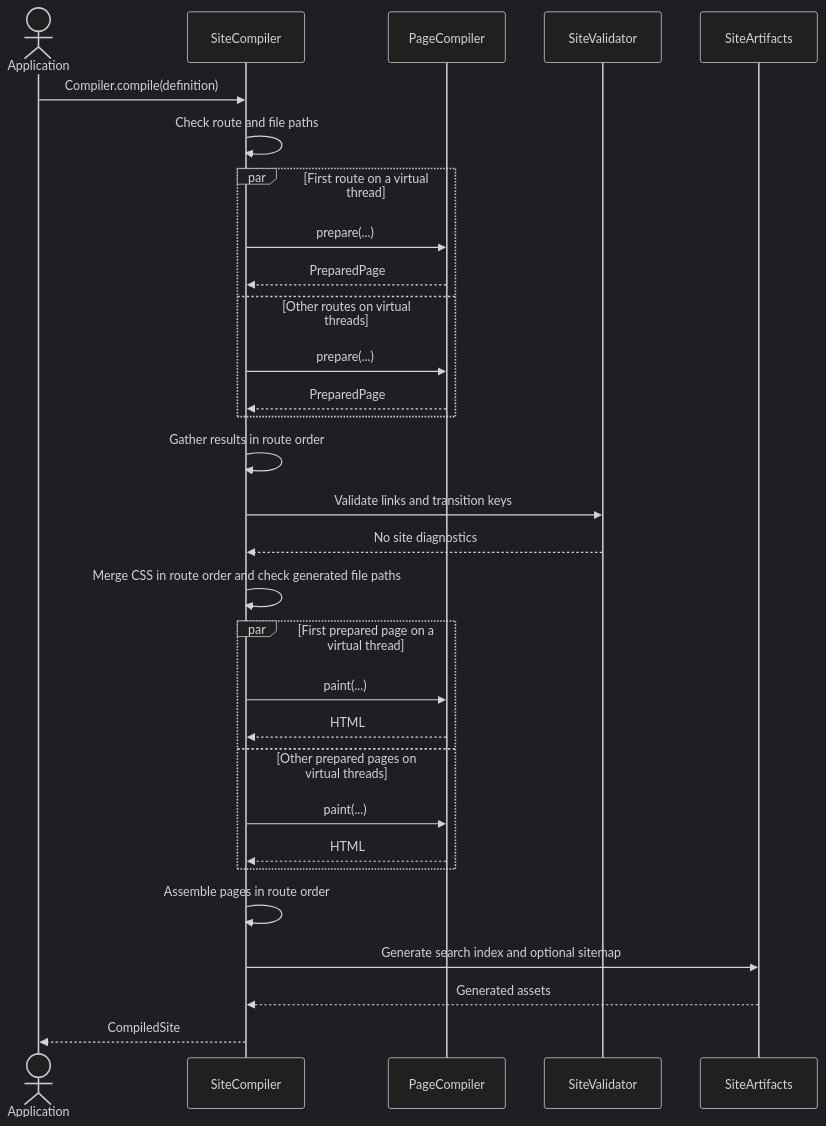
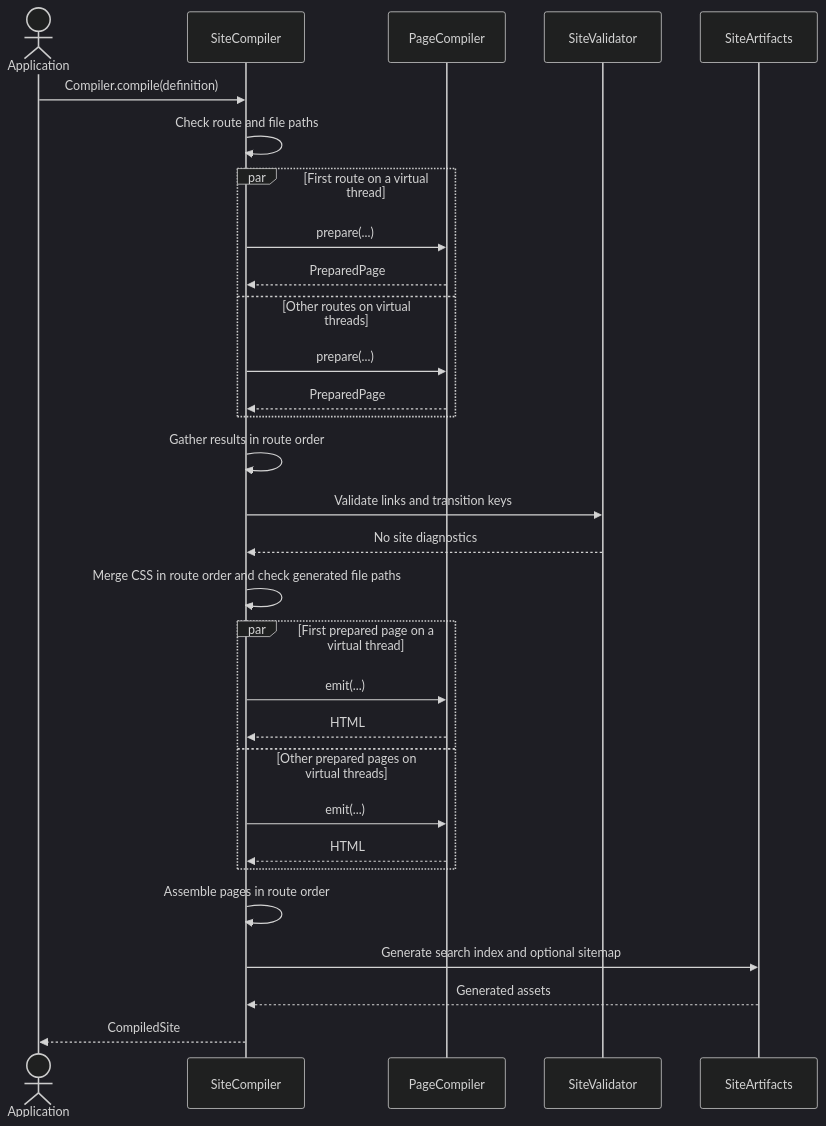
One commit to thiagogcm/tessera changed the sixth of 6 diagrams in docs/architecture.md. Above: the diagram before and after it, drawn with Mermaid (dark theme). The commit also changed other lines of this file and 136 other files, not shown here.

````diff
--- a/docs/architecture.md
+++ b/docs/architecture.md
@@ -251,33 +251,33 @@
 ```mermaid
 sequenceDiagram
     actor App as Application
     participant Site as SiteCompiler
     participant Pages as PageCompiler
     participant Checks as SiteValidator
     participant Assets as SiteArtifacts
 
     App->>Site: Compiler.compile(definition)
     Site->>Site: Check route and file paths
     par First route on a virtual thread
         Site->>Pages: prepare(...)
         Pages-->>Site: PreparedPage
     and Other routes on virtual threads
         Site->>Pages: prepare(...)
         Pages-->>Site: PreparedPage
     end
     Site->>Site: Gather results in route order
     Site->>Checks: Validate links and transition keys
     Checks-->>Site: No site diagnostics
     Site->>Site: Merge CSS in route order and check generated file paths
     par First prepared page on a virtual thread
-        Site->>Pages: paint(...)
+        Site->>Pages: emit(...)
         Pages-->>Site: HTML
     and Other prepared pages on virtual threads
-        Site->>Pages: paint(...)
+        Site->>Pages: emit(...)
         Pages-->>Site: HTML
     end
     Site->>Site: Assemble pages in route order
     Site->>Assets: Generate search index and optional sitemap
     Assets-->>Site: Generated assets
     Site-->>App: CompiledSite
 ```
````
